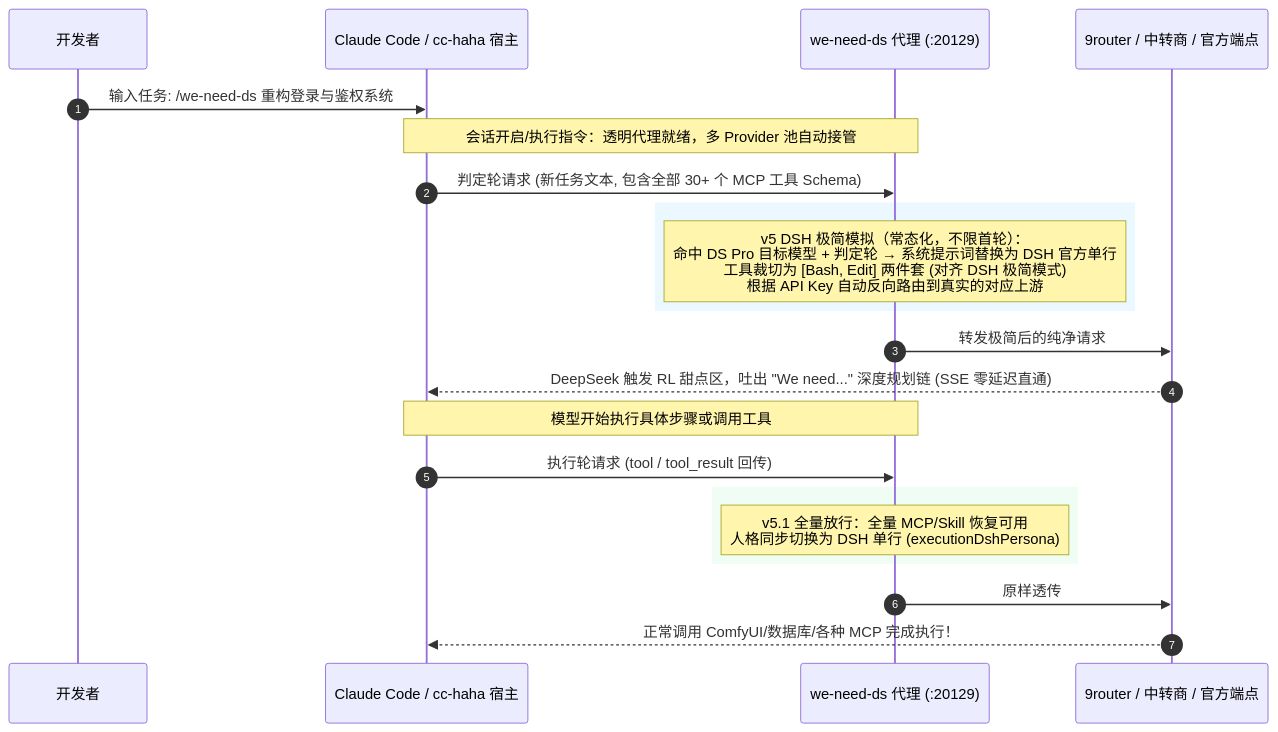
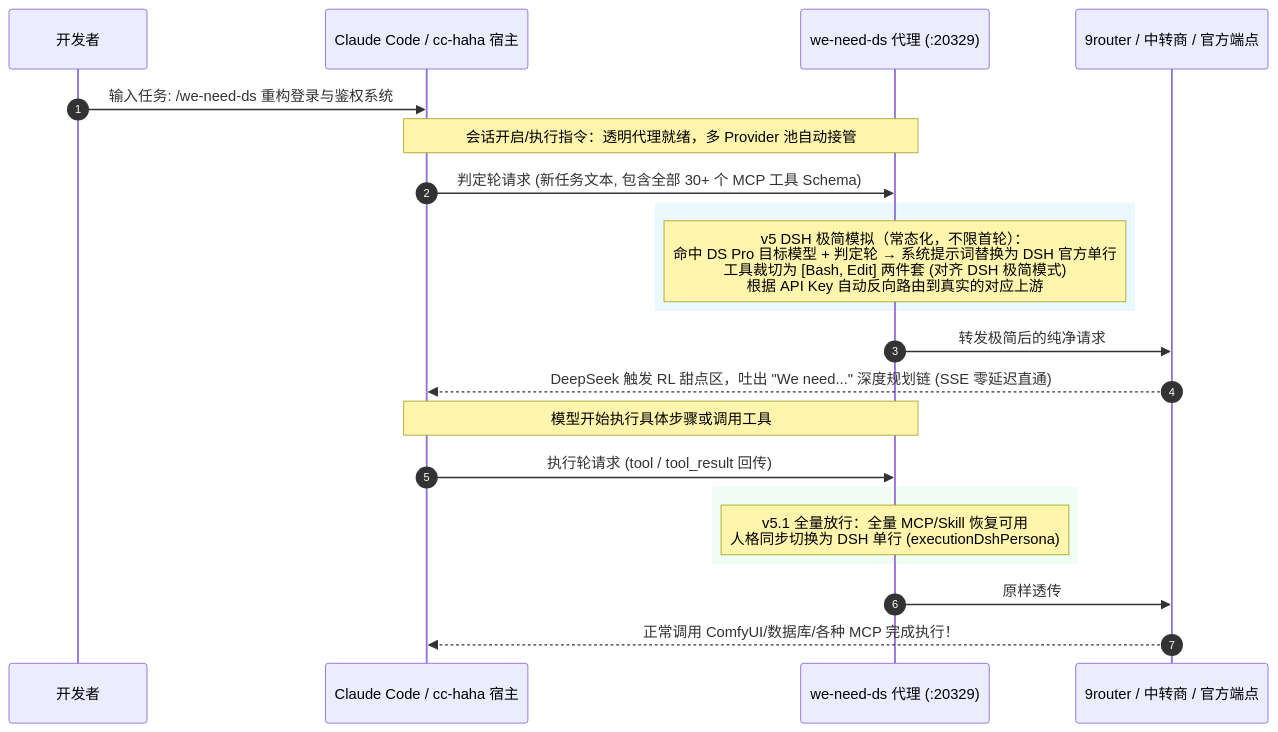
The diagram in README.md (YixuAnsensei/we-need-ds), drawn with Mermaid before and after one commit. The commit also changed other lines of this file and 8 other files, not shown here.

````diff
--- a/README.md
+++ b/README.md
@@ -37,29 +37,29 @@
 ```mermaid
 sequenceDiagram
     autonumber
     participant User as 开发者
     participant CC as Claude Code / cc-haha 宿主
-    participant Proxy as we-need-ds 代理 (:20129)
+    participant Proxy as we-need-ds 代理 (:20329)
     participant Router as 9router / 中转商 / 官方端点
 
     User->>CC: 输入任务: /we-need-ds 重构登录与鉴权系统
     Note over CC,Proxy: 会话开启/执行指令：透明代理就绪，多 Provider 池自动接管
     CC->>Proxy: 判定轮请求 (新任务文本, 包含全部 30+ 个 MCP 工具 Schema)
     
     rect rgb(235, 248, 255)
     Note over Proxy: v5 DSH 极简模拟（常态化，不限首轮）：<br/>命中 DS Pro 目标模型 + 判定轮 → 系统提示词替换为 DSH 官方单行<br/>工具裁切为 [Bash, Edit] 两件套 (对齐 DSH 极简模式)<br/>根据 API Key 自动反向路由到真实的对应上游
     end
     
     Proxy->>Router: 转发极简后的纯净请求
     Router-->>CC: DeepSeek 触发 RL 甜点区，吐出 "We need..." 深度规划链 (SSE 零延迟直通)
     
     Note over CC,Proxy: 模型开始执行具体步骤或调用工具
     CC->>Proxy: 执行轮请求 (tool / tool_result 回传)
     
     rect rgb(240, 253, 244)
     Note over Proxy: v5.1 全量放行：全量 MCP/Skill 恢复可用<br/>人格同步切换为 DSH 单行 (executionDshPersona)
     end
     
     Proxy->>Router: 原样透传
     Router-->>CC: 正常调用 ComfyUI/数据库/各种 MCP 完成执行！
 ```
````
